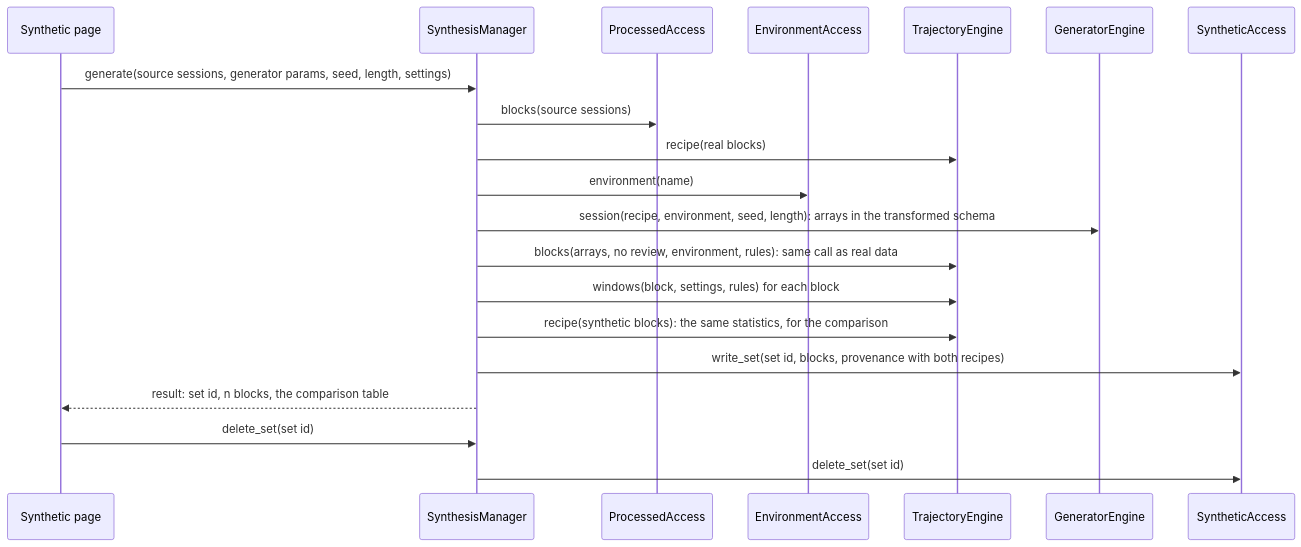
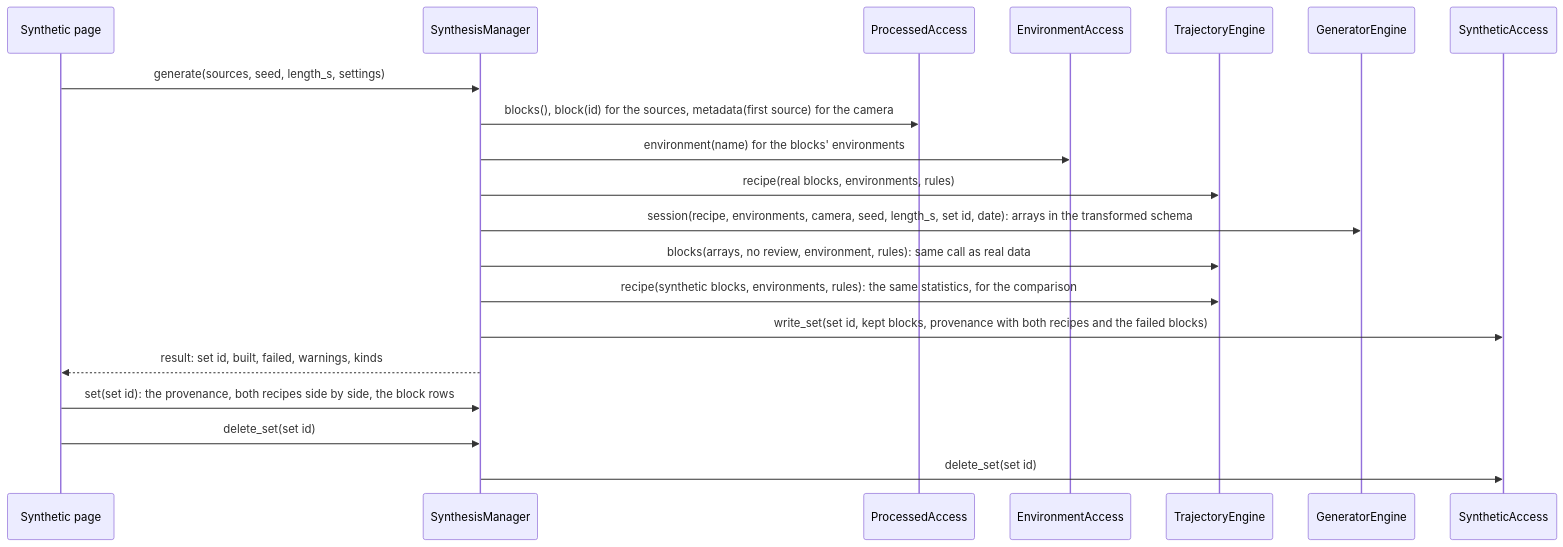
Before and after one commit to kshannon/axis-of-travel-rnn: the third of 5 diagrams in ratreplay/docs/architecture.md, drawn with Mermaid. The commit also changed other lines of this file and 2 other files, not shown here.

Commit message:
Architecture and plan brought up to the synthetic slice as built, with the review's decisions and the open tells recorded

````diff
--- a/ratreplay/docs/architecture.md
+++ b/ratreplay/docs/architecture.md
@@ -328,22 +357,22 @@
 ```mermaid
 sequenceDiagram
     participant P as Synthetic page
     participant SM as SynthesisManager
     participant PA as ProcessedAccess
     participant EA as EnvironmentAccess
     participant TE as TrajectoryEngine
     participant GE as GeneratorEngine
     participant SA as SyntheticAccess
-    P->>SM: generate(source sessions, generator params, seed, length, settings)
-    SM->>PA: blocks(source sessions)
-    SM->>TE: recipe(real blocks)
-    SM->>EA: environment(name)
-    SM->>GE: session(recipe, environment, seed, length): arrays in the transformed schema
+    P->>SM: generate(sources, seed, length_s, settings)
+    SM->>PA: blocks(), block(id) for the sources, metadata(first source) for the camera
+    SM->>EA: environment(name) for the blocks' environments
+    SM->>TE: recipe(real blocks, environments, rules)
+    SM->>GE: session(recipe, environments, camera, seed, length_s, set id, date): arrays in the transformed schema
     SM->>TE: blocks(arrays, no review, environment, rules): same call as real data
-    SM->>TE: windows(block, settings, rules) for each block
-    SM->>TE: recipe(synthetic blocks): the same statistics, for the comparison
-    SM->>SA: write_set(set id, blocks, provenance with both recipes)
-    SM-->>P: result: set id, n blocks, the comparison table
+    SM->>TE: recipe(synthetic blocks, environments, rules): the same statistics, for the comparison
+    SM->>SA: write_set(set id, kept blocks, provenance with both recipes and the failed blocks)
+    SM-->>P: result: set id, built, failed, warnings, kinds
+    P->>SM: set(set id): the provenance, both recipes side by side, the block rows
     P->>SM: delete_set(set id)
     SM->>SA: delete_set(set id)
 ```
````
